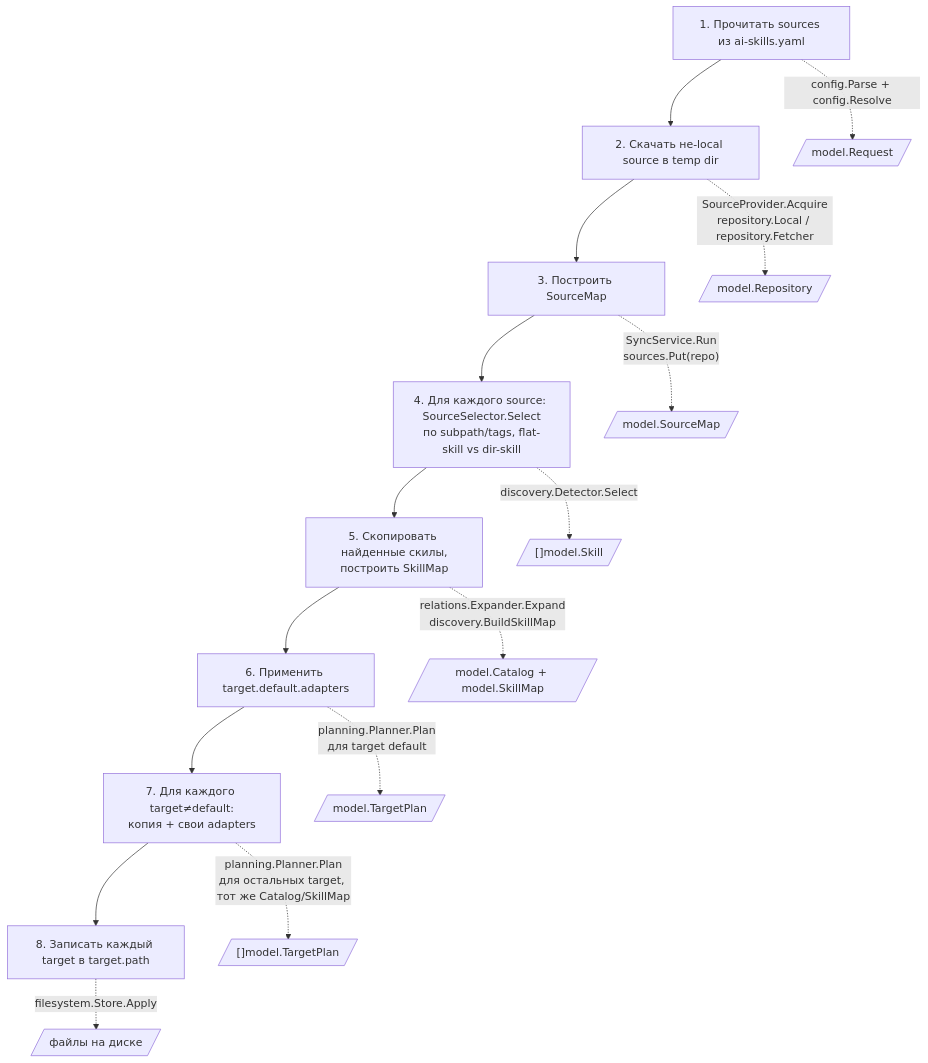
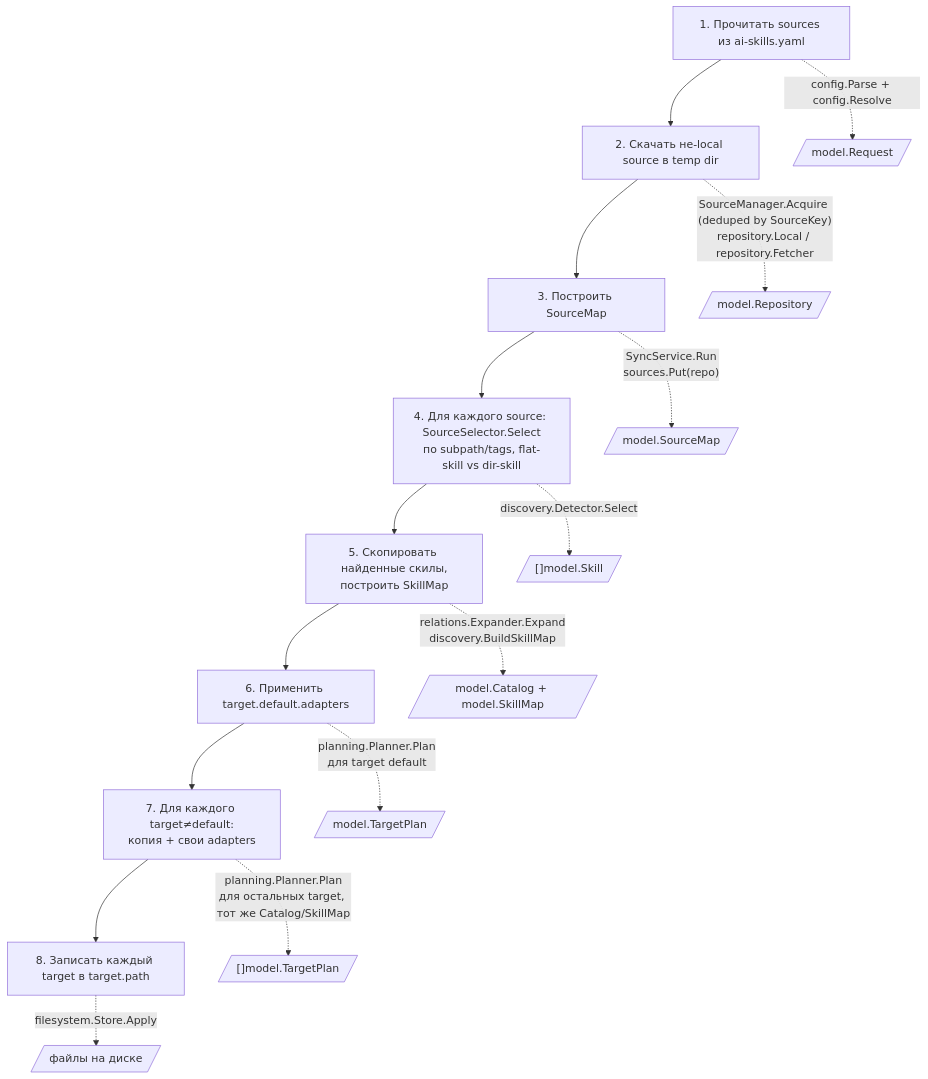
The second of 3 diagrams in docs/architecture/diagrams.md (InsonusK/go-ai-skill-manage), drawn with Mermaid before and after one commit. The commit also changed other lines of this file and 6 other files, not shown here.

First line of the commit message:
docs: document SourceManager, identity/selection split, dedup

````diff
--- a/docs/architecture/diagrams.md
+++ b/docs/architecture/diagrams.md
@@ -63,20 +75,20 @@
 ```mermaid
 flowchart TD
     A["1. Прочитать sources из ai-skills.yaml"] --> B
     B["2. Скачать не-local source в temp dir"] --> C
     C["3. Построить SourceMap"] --> D
     D["4. Для каждого source: SourceSelector.Select<br/>по subpath/tags, flat-skill vs dir-skill"] --> E
     E["5. Скопировать найденные скилы,<br/>построить SkillMap"] --> F
     F["6. Применить target.default.adapters"] --> G
     G["7. Для каждого target≠default:<br/>копия + свои adapters"] --> H
     H["8. Записать каждый target в target.path"]
 
     A -.->|"config.Parse + config.Resolve"| A1[/"model.Request"/]
-    B -.->|"SourceProvider.Acquire<br/>repository.Local / repository.Fetcher"| B1[/"model.Repository"/]
+    B -.->|"SourceManager.Acquire (deduped by SourceKey)<br/>repository.Local / repository.Fetcher"| B1[/"model.Repository"/]
     C -.->|"SyncService.Run<br/>sources.Put(repo)"| C1[/"model.SourceMap"/]
     D -.->|"discovery.Detector.Select"| D1[/"[]model.Skill"/]
     E -.->|"relations.Expander.Expand<br/>discovery.BuildSkillMap"| E1[/"model.Catalog + model.SkillMap"/]
     F -.->|"planning.Planner.Plan<br/>для target default"| F1[/"model.TargetPlan"/]
     G -.->|"planning.Planner.Plan<br/>для остальных target, тот же Catalog/SkillMap"| G1[/"[]model.TargetPlan"/]
     H -.->|"filesystem.Store.Apply"| H1[/"файлы на диске"/]
 ```
````
